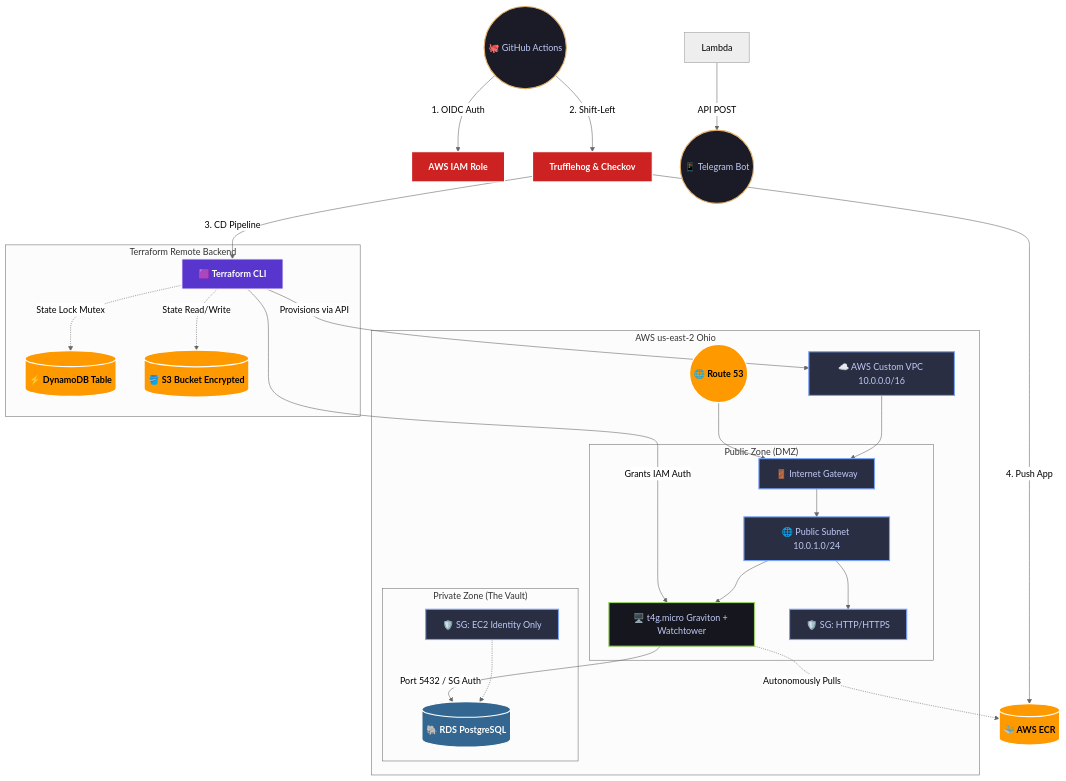
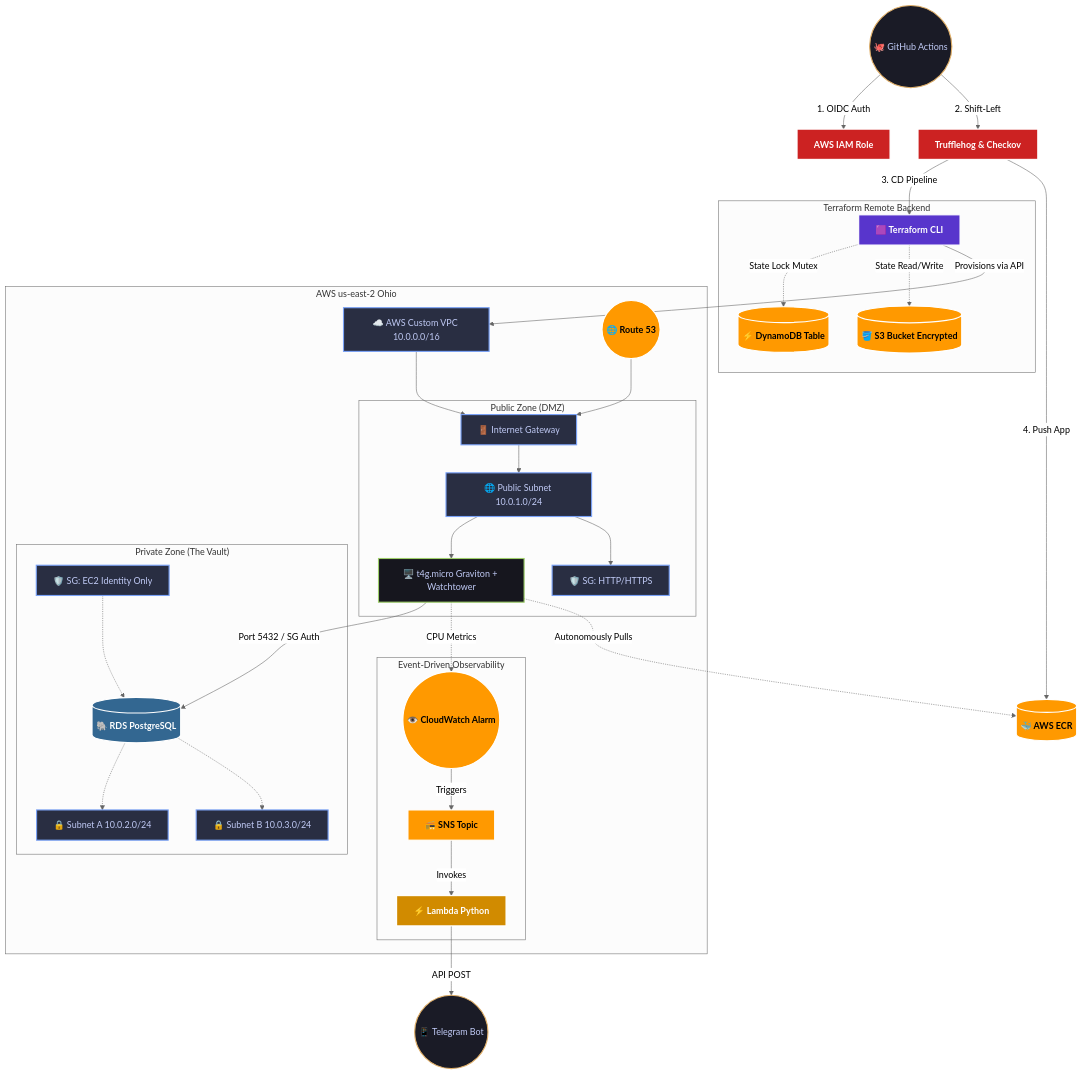
The diagram in README.md (ezequieldlv/mysstic-cloud), drawn with Mermaid (neutral theme) before and after one commit. The commit also changed 3 other files, not shown here.

````diff
--- a/README.md
+++ b/README.md
@@ -30,43 +30,50 @@
 ```mermaid
 graph TD
     classDef aws fill:#FF9900,stroke:#fff,stroke-width:2px,color:#000,font-weight:bold
     classDef tf fill:#5835CC,stroke:#fff,stroke-width:2px,color:#fff,font-weight:bold
     classDef cicd fill:#1a1b26,stroke:#e0af68,stroke-width:2px,color:#c0caf5
     classDef net fill:#292e42,stroke:#7aa2f7,stroke-width:2px,color:#c0caf5
     classDef compute fill:#16161e,stroke:#9ece6a,stroke-width:2px,color:#c0caf5
     classDef db fill:#336791,stroke:#fff,stroke-width:2px,color:#fff,font-weight:bold
     classDef sec fill:#cc2222,stroke:#fff,stroke-width:2px,color:#fff,font-weight:bold
     classDef serverless fill:#D18B00,stroke:#fff,stroke-width:2px,color:#fff,font-weight:bold
 
     GitHub((🐙 GitHub Actions)):::cicd -->|1. OIDC Auth| IAM[AWS IAM Role]:::sec
     GitHub -->|2. Shift-Left| SecGates[Trufflehog & Checkov]:::sec
     SecGates -->|3. CD Pipeline| TF[🟪 Terraform CLI]:::tf
     SecGates -->|4. Push App| ECR[(🐳 AWS ECR)]:::aws
 
     subgraph "Terraform Remote Backend"
         TF -.->|State Lock Mutex| Dynamo[(⚡ DynamoDB Table)]:::aws
         TF -.->|State Read/Write| S3[(🪣 S3 Bucket Encrypted)]:::aws
     end
 
     TF -->|Provisions via API| VPC[☁️ AWS Custom VPC 10.0.0.0/16]:::net
-    TF -->|Grants IAM Auth| EC2
 
     subgraph "AWS us-east-2 Ohio"
         Route53((🌐 Route 53)):::aws --> IGW
         VPC --> IGW[🚪 Internet Gateway]:::net
 
         subgraph "Public Zone (DMZ)"
             IGW --> PubSub[🌐 Public Subnet 10.0.1.0/24]:::net
             PubSub --> EC2[🖥️ t4g.micro Graviton + Watchtower]:::compute
             PubSub --> SG1[🛡️ SG: HTTP/HTTPS]:::net
         end
 
         subgraph "Private Zone (The Vault)"
             EC2 -->|Port 5432 / SG Auth| RDS[(🐘 RDS PostgreSQL)]:::db
+            RDS -.-> PrivSub1[🔒 Subnet A 10.0.2.0/24]:::net
+            RDS -.-> PrivSub2[🔒 Subnet B 10.0.3.0/24]:::net
             SG2[🛡️ SG: EC2 Identity Only]:::net -.-> RDS
+        end
+
+        subgraph "Event-Driven Observability"
+            EC2 -.->|CPU Metrics| CW((👁️ CloudWatch Alarm)):::aws
+            CW -->|Triggers| SNS[📻 SNS Topic]:::aws
+            SNS -->|Invokes| Lambda[⚡ Lambda Python]:::serverless
         end
     end
 
     EC2 -.->|Autonomously Pulls| ECR
     Lambda -->|API POST| Telegram((📱 Telegram Bot)):::cicd
 ```
````
